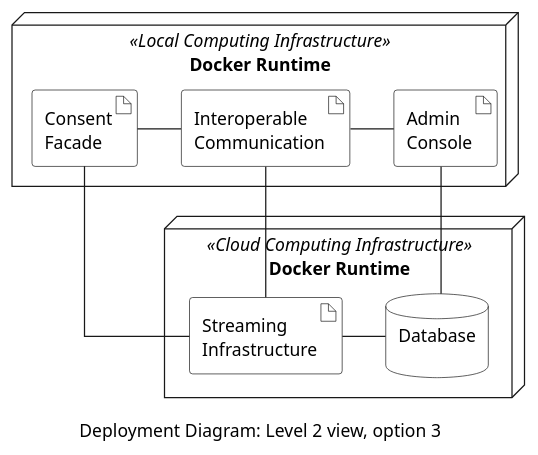
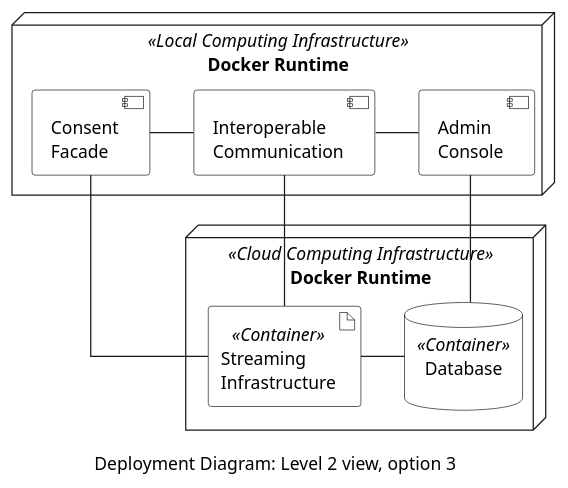
Before and after one commit to eddie-energy/architecture: the diagram in arc42/07-deployment-view/figures/deployment-diagram-option-3.puml, drawn with PlantUML. The commit also changed 10 other files, not shown here.

```diff
--- a/arc42/07-deployment-view/figures/deployment-diagram-option-3.puml
+++ b/arc42/07-deployment-view/figures/deployment-diagram-option-3.puml
@@ -1,45 +1,49 @@
 @startuml deployment-diagram-option-3
 'deployment diagram
 caption Deployment Diagram: Level 2 view, option 3
 
 skinparam linetype ortho
 skinparam interface {
   backgroundColor transparent
   borderColor black
 }
 skinparam artifact{
+  BorderColor black
+  BackgroundColor transparent
+}
+skinparam component{
   BorderColor black
   BackgroundColor transparent
 }
 skinparam actor{
   BorderColor black
   BackgroundColor transparent
 }
 skinparam database{
   BorderColor black
   BackgroundColor transparent
 }
 skinparam rectangle{
   BorderColor transparent
   BackgroundColor transparent
   FontColor transparent
 }
 
   node "Docker Runtime" <<Local Computing Infrastructure>> as local {    
-    artifact "Consent\nFacade" as consentFacade
-    artifact "Interoperable\nCommunication" as comm
-    artifact "Admin\nConsole" as adminConsole
+    component "Consent\nFacade" as consentFacade
+    component "Interoperable\nCommunication" as comm
+    component "Admin\nConsole" as adminConsole
   }
   node "Docker Runtime" <<Cloud Computing Infrastructure>> as org {    
-    artifact "Streaming\nInfrastructure" as broker
-    database "Database\n" as database
+    artifact "Streaming\nInfrastructure" <<Container>> as broker
+    database "Database\n" <<Container>> as database
   }
 
   consentFacade -right- comm
   adminConsole -left- comm
   consentFacade -down- broker
   database -left- broker
   comm -down- broker
   adminConsole -down- database
 
 @enduml
```
